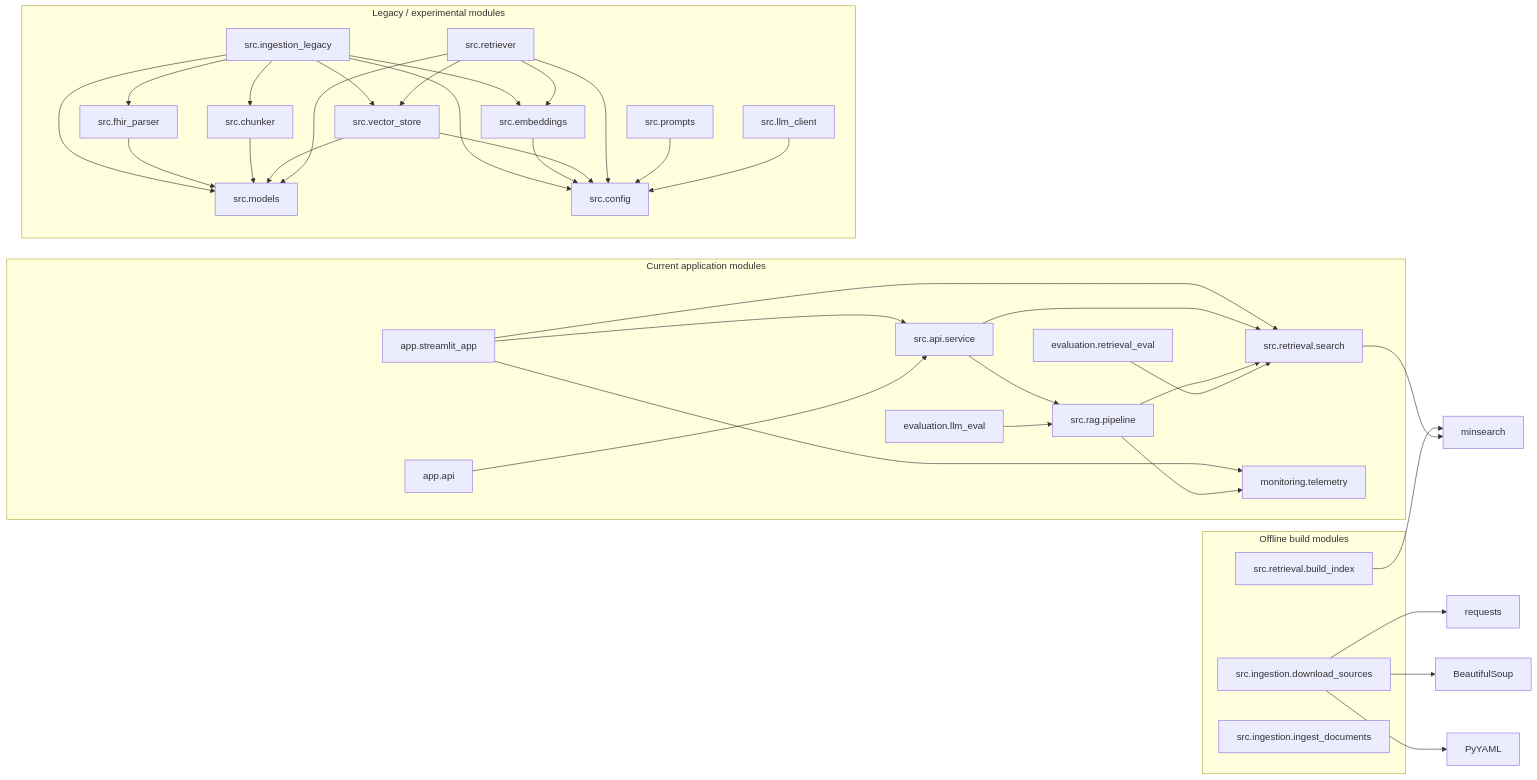
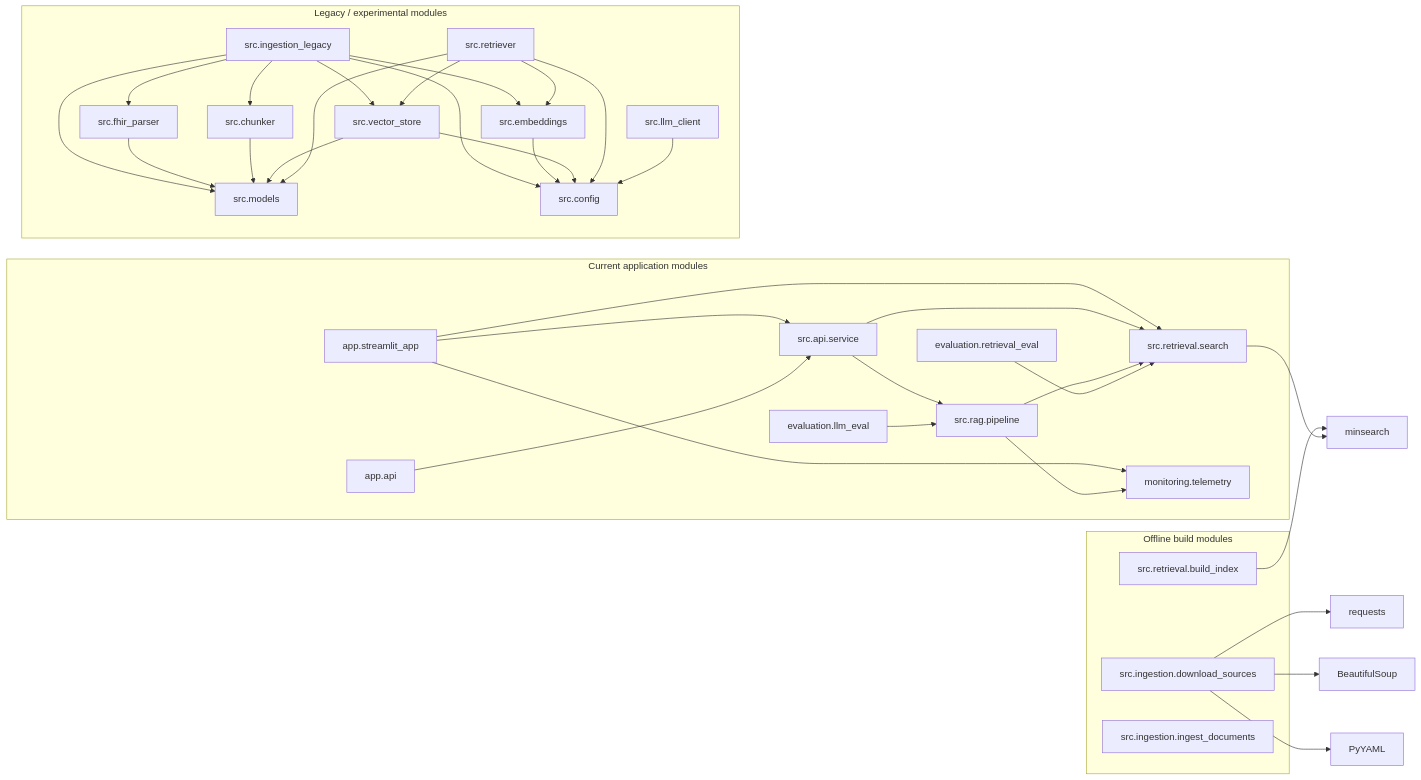
One commit to AI-Precision-Medicine-Zoomcamp/precision-oncology-data-architect-assistant changed the second of 4 diagrams in docs/architecture.md. Above: the diagram before and after it, drawn with Mermaid. The commit also changed other lines of this file and 4 other files, not shown here.

````diff
--- a/docs/architecture.md
+++ b/docs/architecture.md
@@ -139,7 +139,6 @@
     Store[src.vector_store]
     Retriever[src.retriever]
     Config[src.config]
-    PromptManager[src.prompts]
     LLMClient[src.llm_client]
 
     Streamlit --> Service
@@ -174,7 +173,6 @@
     Retriever --> Store
     Retriever --> Models
     Retriever --> Config
-    PromptManager --> Config
     LLMClient --> Config
 
     subgraph Current["Current application modules"]
@@ -203,7 +201,6 @@
         Store
         Retriever
         Config
-        PromptManager
         LLMClient
     end
 ```
````
